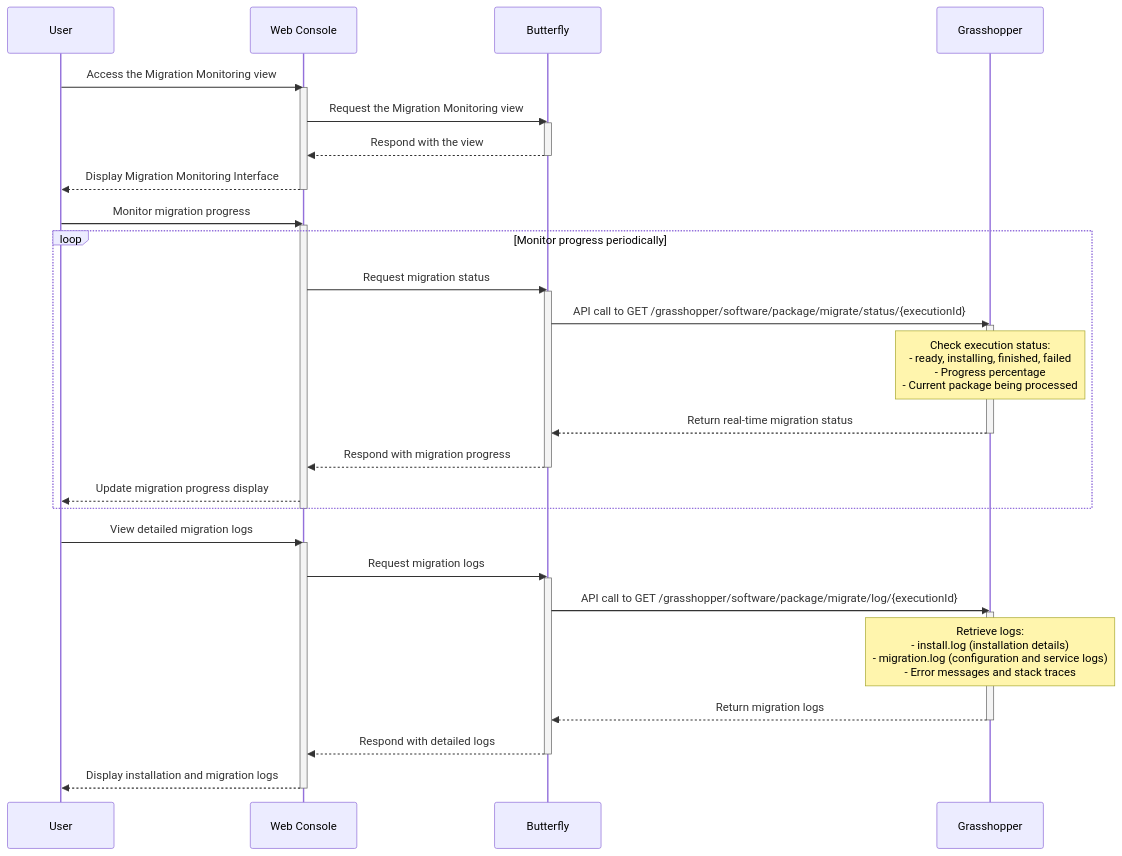
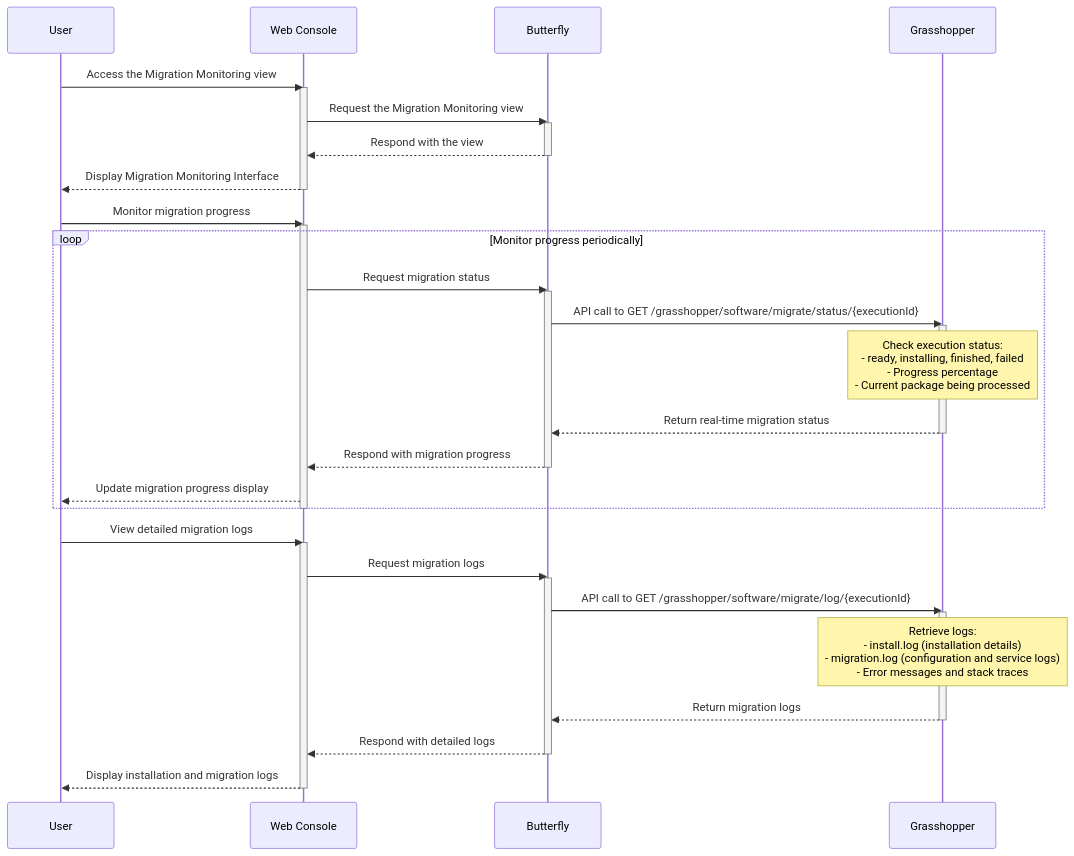
One commit to cloud-barista/cloud-migrator changed the sixth of 6 diagrams in docs/02-user-scenario-for-software-migration.md. Above: the diagram before and after it, drawn with Mermaid. The commit also changed other lines of this file, not shown here.

````diff
--- a/docs/02-user-scenario-for-software-migration.md
+++ b/docs/02-user-scenario-for-software-migration.md
@@ -350,49 +350,49 @@
 ```mermaid
 sequenceDiagram
     participant User as User
     participant Browser as Web Console
     participant Butterfly as Butterfly
     participant Grasshopper as Grasshopper
 
     %% Step 0: User accesses Migration Monitoring View
     User->>Browser: Access the Migration Monitoring view
     activate Browser
     Browser->>Butterfly: Request the Migration Monitoring view
     activate Butterfly
     Butterfly-->>Browser: Respond with the view
     deactivate Butterfly
     Browser-->>User: Display Migration Monitoring Interface
     deactivate Browser
 
     %% Step 1: Monitor Migration Progress
     User->>Browser: Monitor migration progress
     activate Browser
     loop Monitor progress periodically
         Browser->>Butterfly: Request migration status
         activate Butterfly
-        Butterfly->>Grasshopper: API call to GET /grasshopper/software/package/migrate/status/{executionId}
+        Butterfly->>Grasshopper: API call to GET /grasshopper/software/migrate/status/{executionId}
         activate Grasshopper
         Note over Grasshopper: Check execution status:<br/>- ready, installing, finished, failed<br/>- Progress percentage<br/>- Current package being processed
         Grasshopper-->>Butterfly: Return real-time migration status
         deactivate Grasshopper
         Butterfly-->>Browser: Respond with migration progress
         deactivate Butterfly
         Browser-->>User: Update migration progress display
     end
     deactivate Browser
 
     %% Step 2: View Migration Logs
     User->>Browser: View detailed migration logs
     activate Browser
     Browser->>Butterfly: Request migration logs
     activate Butterfly
-    Butterfly->>Grasshopper: API call to GET /grasshopper/software/package/migrate/log/{executionId}
+    Butterfly->>Grasshopper: API call to GET /grasshopper/software/migrate/log/{executionId}
     activate Grasshopper
     Note over Grasshopper: Retrieve logs:<br/>- install.log (installation details)<br/>- migration.log (configuration and service logs)<br/>- Error messages and stack traces
     Grasshopper-->>Butterfly: Return migration logs
     deactivate Grasshopper
     Butterfly-->>Browser: Respond with detailed logs
     deactivate Butterfly
     Browser-->>User: Display installation and migration logs
     deactivate Browser
 ```
````
